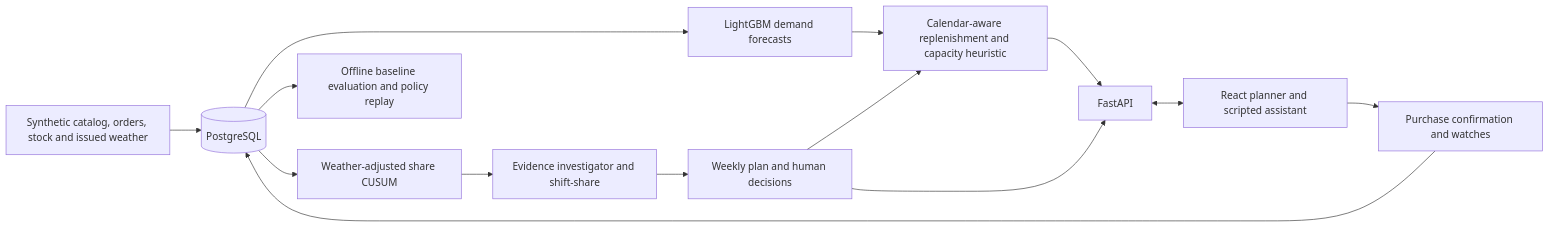
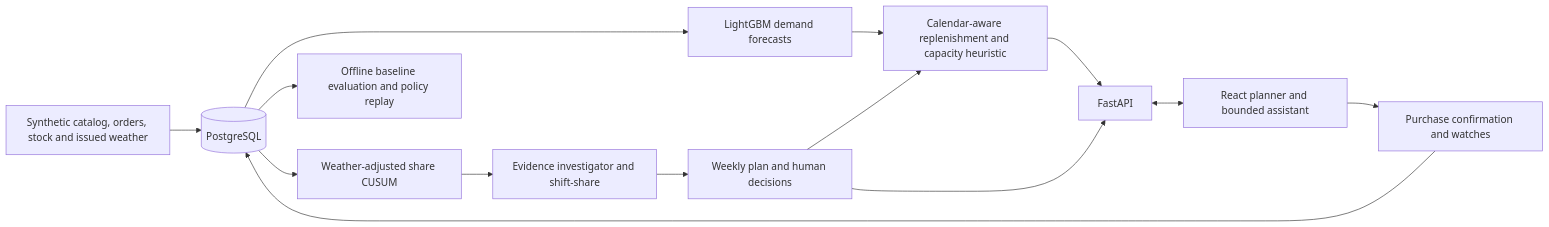
Before and after one commit to Hcrab/scoop-clc2026: the diagram in docs/TECHNICAL_DESIGN.md, drawn with Mermaid. The commit also changed other lines of this file and 50 other files, not shown here.

````diff
--- a/docs/TECHNICAL_DESIGN.md
+++ b/docs/TECHNICAL_DESIGN.md
@@ -22,16 +25,16 @@
 ```mermaid
 flowchart LR
     S[Synthetic catalog, orders, stock and issued weather] --> D[(PostgreSQL)]
     D --> F[LightGBM demand forecasts]
     D --> C[Weather-adjusted share CUSUM]
     C --> I[Evidence investigator and shift-share]
     F --> R[Calendar-aware replenishment and capacity heuristic]
     I --> P[Weekly plan and human decisions]
     P --> R
     R --> A[FastAPI]
     P --> A
-    A <--> U[React planner and scripted assistant]
+    A <--> U[React planner and bounded assistant]
     U --> W[Purchase confirmation and watches]
     W --> D
     D --> E[Offline baseline evaluation and policy replay]
 ```
````
